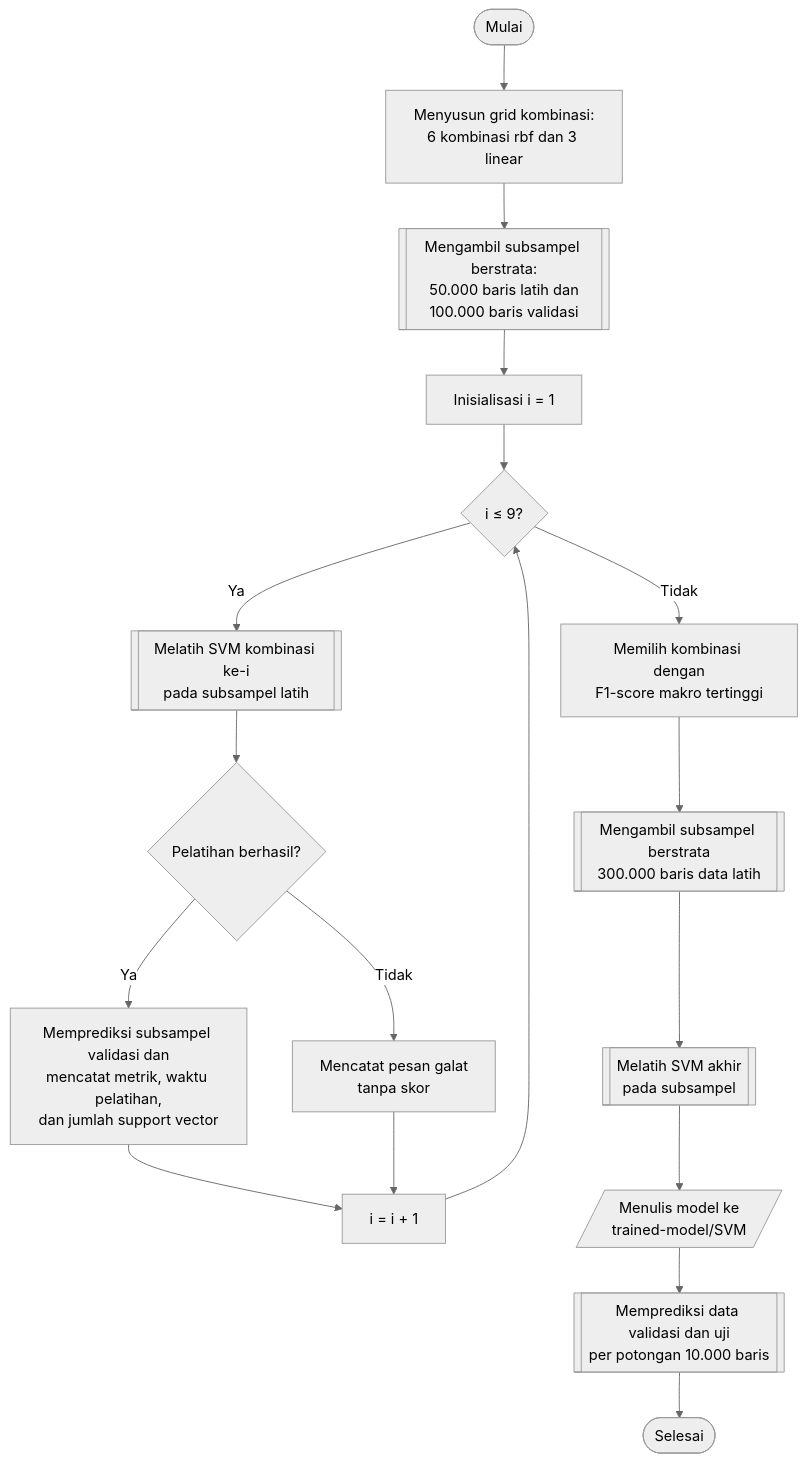
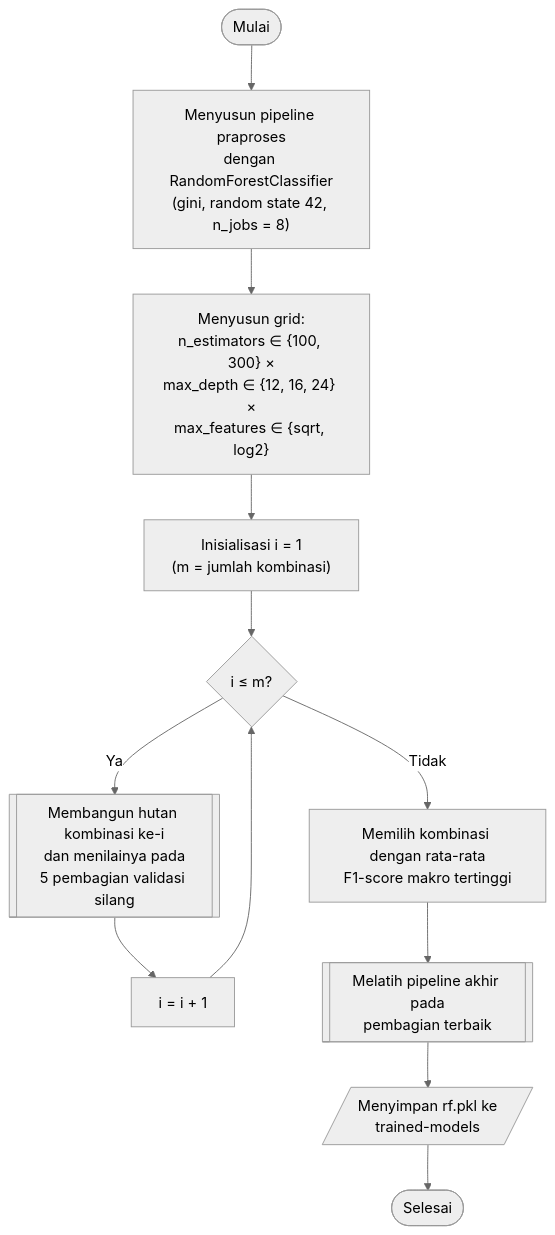
The diagram in thesis/diagram/bab_04/diagram_04_11_01.mmd (JoxNeis/mlids-robustness), drawn with Mermaid (neutral theme) before and after one commit. The commit also changed 80 other files, not shown here.

```diff
--- a/thesis/diagram/bab_04/diagram_04_11_01.mmd
+++ b/thesis/diagram/bab_04/diagram_04_11_01.mmd
@@ -1,21 +1,15 @@
 flowchart TD
     mulai(["Mulai"])
-    mulai --> grid["Menyusun grid kombinasi:<br>6 kombinasi rbf dan 3 linear"]
-    grid --> subsampel[["Mengambil subsampel berstrata:<br>50.000 baris latih dan<br>100.000 baris validasi"]]
-    subsampel --> init_i["Inisialisasi i = 1"]
-    init_i --> cek_i{"i ≤ 9?"}
+    mulai --> pipeline["Menyusun pipeline praproses<br>dengan RandomForestClassifier<br>(gini, random state 42, n_jobs = 8)"]
+    pipeline --> grid["Menyusun grid:<br>n_estimators ∈ {100, 300} ×<br>max_depth ∈ {12, 16, 24} ×<br>max_features ∈ {sqrt, log2}"]
+    grid --> init_i["Inisialisasi i = 1<br>(m = jumlah kombinasi)"]
+    init_i --> cek_i{"i ≤ m?"}
 
-    cek_i -->|"Ya"| latih_i[["Melatih SVM kombinasi ke-i<br>pada subsampel latih"]]
-    latih_i --> cek_ok{"Pelatihan berhasil?"}
-    cek_ok -->|"Ya"| nilai["Memprediksi subsampel validasi dan<br>mencatat metrik, waktu pelatihan,<br>dan jumlah support vector"]
-    cek_ok -->|"Tidak"| galat["Mencatat pesan galat<br>tanpa skor"]
-    nilai --> inc_i["i = i + 1"]
-    galat --> inc_i
+    cek_i -->|"Ya"| cv[["Membangun hutan kombinasi ke-i<br>dan menilainya pada<br>5 pembagian validasi silang"]]
+    cv --> inc_i["i = i + 1"]
     inc_i --> cek_i
 
-    cek_i -->|"Tidak"| pilih["Memilih kombinasi dengan<br>F1-score makro tertinggi"]
-    pilih --> subsampel_akhir[["Mengambil subsampel berstrata<br>300.000 baris data latih"]]
-    subsampel_akhir --> latih[["Melatih SVM akhir<br>pada subsampel"]]
-    latih --> simpan_model[/"Menulis model ke<br>trained-model/SVM"/]
-    simpan_model --> prediksi[["Memprediksi data validasi dan uji<br>per potongan 10.000 baris"]]
-    prediksi --> selesai(["Selesai"])
+    cek_i -->|"Tidak"| pilih["Memilih kombinasi dengan rata-rata<br>F1-score makro tertinggi"]
+    pilih --> latih[["Melatih pipeline akhir pada<br>pembagian terbaik"]]
+    latih --> simpan[/"Menyimpan rf.pkl ke<br>trained-models"/]
+    simpan --> selesai(["Selesai"])
```
